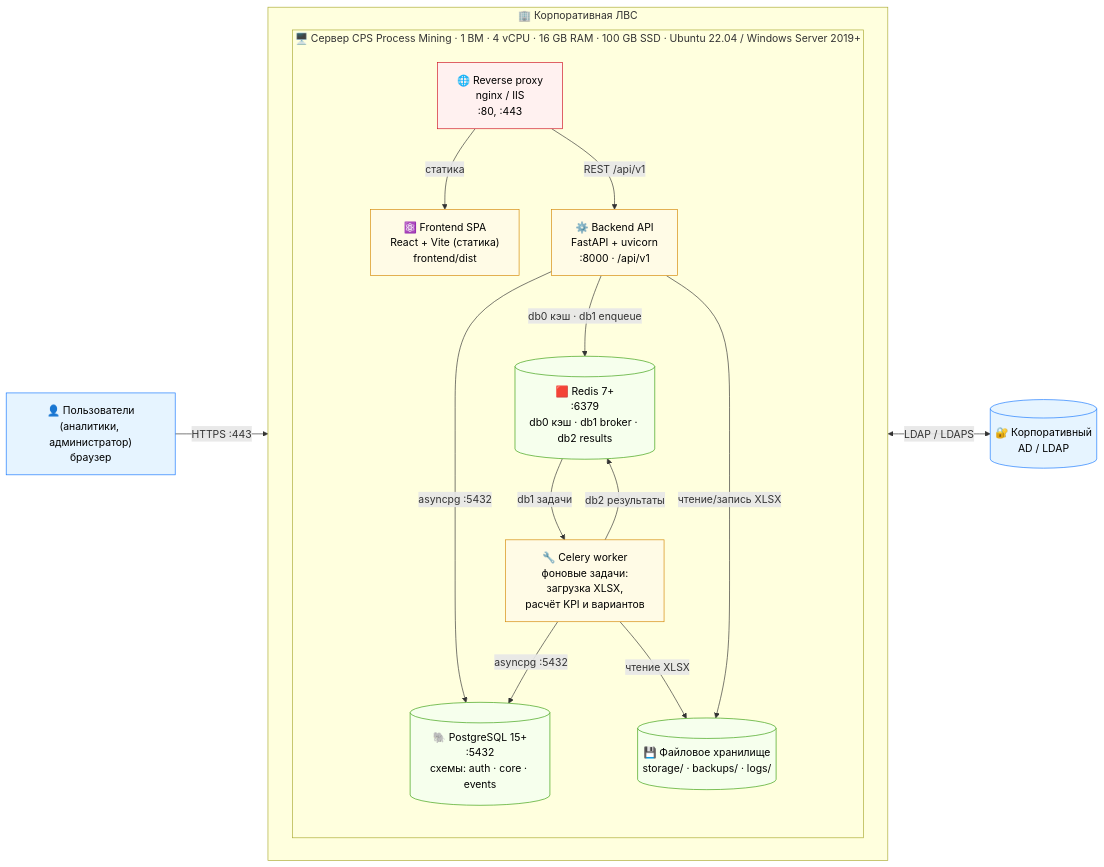
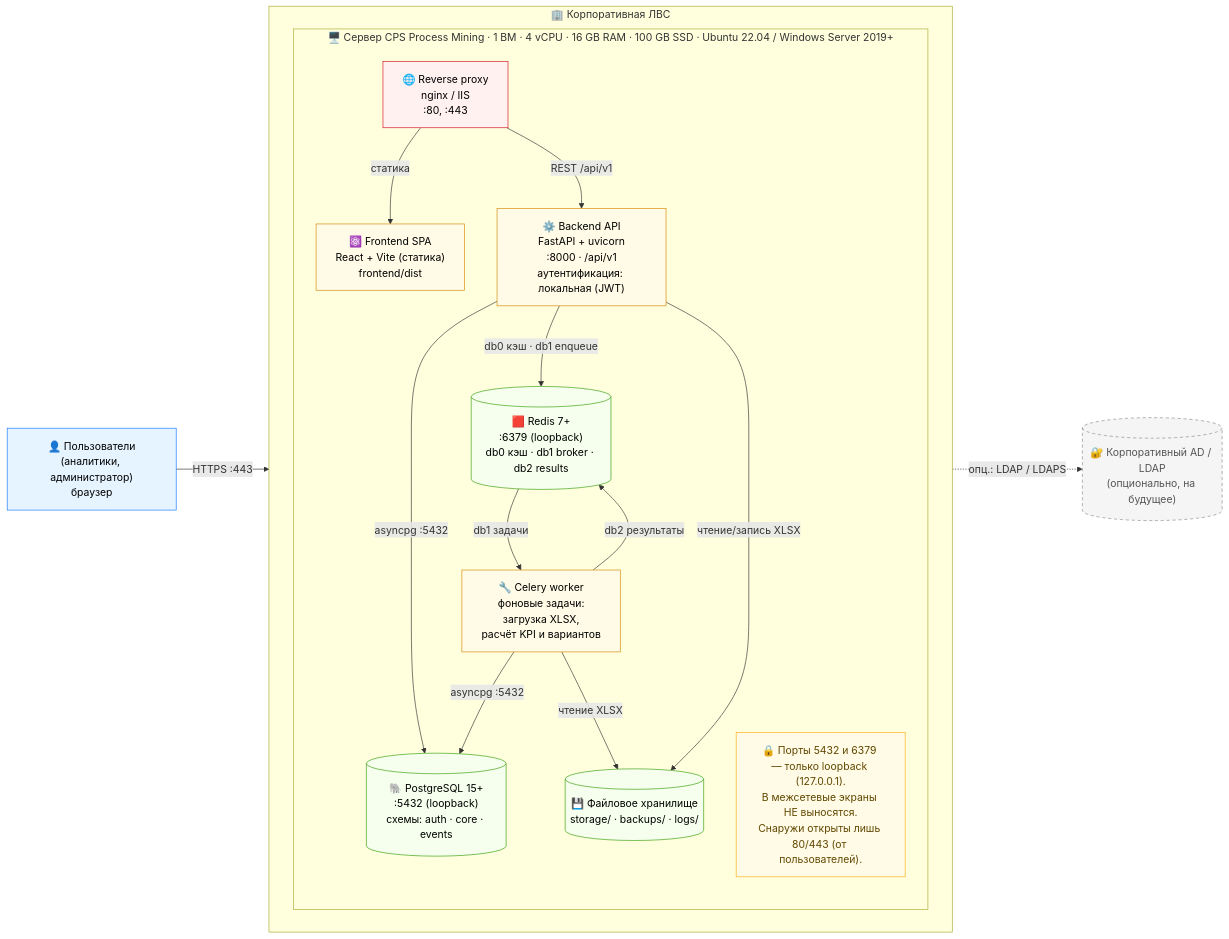
Before and after one commit to AnalystNo7/Process_Mining: the diagram in docs/diagrams/deployment.mmd, drawn with Mermaid. The commit also changed 1 other file, not shown here.

Commit message:
docs: схема развёртывания — loopback-порты и опциональный AD/LDAP
- Добавлена пометка: PostgreSQL :5432 и Redis :6379 слушают только
  loopback (127.0.0.1) и в межсетевые экраны не выносятся; снаружи
  открыты лишь 80/443.
- AD/LDAP переведён в статус «опционально, на будущее» (пунктир):
  при 2 пользователях основной вход — локальный по логину/паролю (JWT).
- У Backend API подписана локальная аутентификация.
- Мощности под MVP без изменений (4 vCPU / 16 GB / 100 GB SSD).

Claude-Session: https://claude.ai/code/session_013pmfCXptEZRVc61AU3gm92

```diff
--- a/docs/diagrams/deployment.mmd
+++ b/docs/diagrams/deployment.mmd
@@ -1,47 +1,53 @@
 %% Схема развёртывания решения «CPS Process Mining» внутри организации.
 %% Для заявки на изменение инфраструктуры (выделение мощностей под MVP).
 %% Рендер: https://mermaid.live или VS Code (Markdown Preview Mermaid Support).
 flowchart LR
     User["👤 Пользователи<br/>(аналитики, администратор)<br/>браузер"]
-    AD[("🔐 Корпоративный<br/>AD / LDAP")]
+    AD[("🔐 Корпоративный AD / LDAP<br/>(опционально, на будущее)")]
 
     subgraph LAN["🏢 Корпоративная ЛВС"]
         direction LR
 
         subgraph SRV["🖥️ Сервер CPS Process Mining · 1 ВМ · 4 vCPU · 16 GB RAM · 100 GB SSD · Ubuntu 22.04 / Windows Server 2019+"]
             direction TB
 
             NGINX["🌐 Reverse proxy<br/>nginx / IIS<br/>:80, :443"]
 
             FE["⚛️ Frontend SPA<br/>React + Vite (статика)<br/>frontend/dist"]
-            API["⚙️ Backend API<br/>FastAPI + uvicorn<br/>:8000 · /api/v1"]
+            API["⚙️ Backend API<br/>FastAPI + uvicorn<br/>:8000 · /api/v1<br/>аутентификация: локальная (JWT)"]
             WRK["🔧 Celery worker<br/>фоновые задачи:<br/>загрузка XLSX,<br/>расчёт KPI и вариантов"]
 
-            PG[("🐘 PostgreSQL 15+<br/>:5432<br/>схемы: auth · core · events")]
-            REDIS[("🟥 Redis 7+<br/>:6379<br/>db0 кэш · db1 broker · db2 results")]
+            PG[("🐘 PostgreSQL 15+<br/>:5432 (loopback)<br/>схемы: auth · core · events")]
+            REDIS[("🟥 Redis 7+<br/>:6379 (loopback)<br/>db0 кэш · db1 broker · db2 results")]
             FS[("💾 Файловое хранилище<br/>storage/ · backups/ · logs/")]
+
+            NOTE["🔒 Порты 5432 и 6379 — только loopback (127.0.0.1).<br/>В межсетевые экраны НЕ выносятся.<br/>Снаружи открыты лишь 80/443 (от пользователей)."]
         end
     end
 
     User -->|"HTTPS :443"| NGINX
     NGINX -->|"статика"| FE
     NGINX -->|"REST /api/v1"| API
 
     API -->|"asyncpg :5432"| PG
     API -->|"db0 кэш · db1 enqueue"| REDIS
     API -->|"чтение/запись XLSX"| FS
-    API <-->|"LDAP / LDAPS"| AD
+    API -.->|"опц.: LDAP / LDAPS"| AD
 
     REDIS -->|"db1 задачи"| WRK
     WRK -->|"db2 результаты"| REDIS
     WRK -->|"asyncpg :5432"| PG
     WRK -->|"чтение XLSX"| FS
 
     classDef external fill:#e6f4ff,stroke:#1677ff,stroke-width:1px,color:#000
+    classDef optional fill:#f5f5f5,stroke:#8c8c8c,stroke-width:1px,stroke-dasharray:5 4,color:#555
     classDef server fill:#fffbe6,stroke:#d48806,stroke-width:1px,color:#000
     classDef data fill:#f6ffed,stroke:#389e0d,stroke-width:1px,color:#000
     classDef proxy fill:#fff1f0,stroke:#cf1322,stroke-width:1px,color:#000
-    class User,AD external
+    classDef note fill:#fffbe6,stroke:#faad14,stroke-width:1px,color:#614700
+    class User external
+    class AD optional
     class FE,API,WRK server
     class PG,REDIS,FS data
     class NGINX proxy
+    class NOTE note
```
